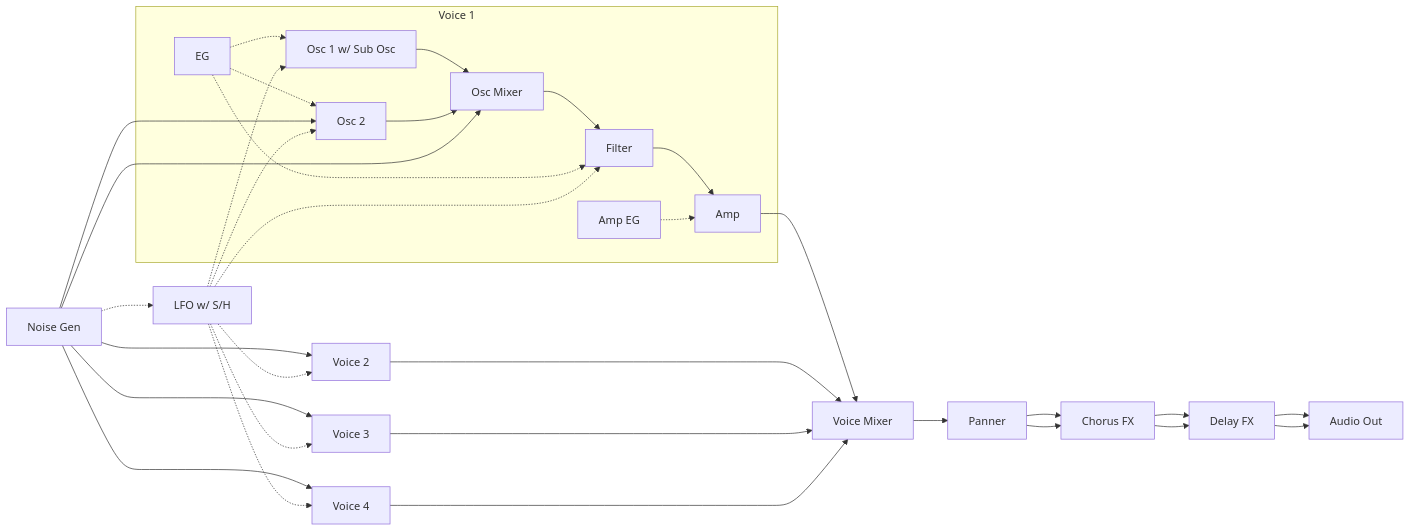
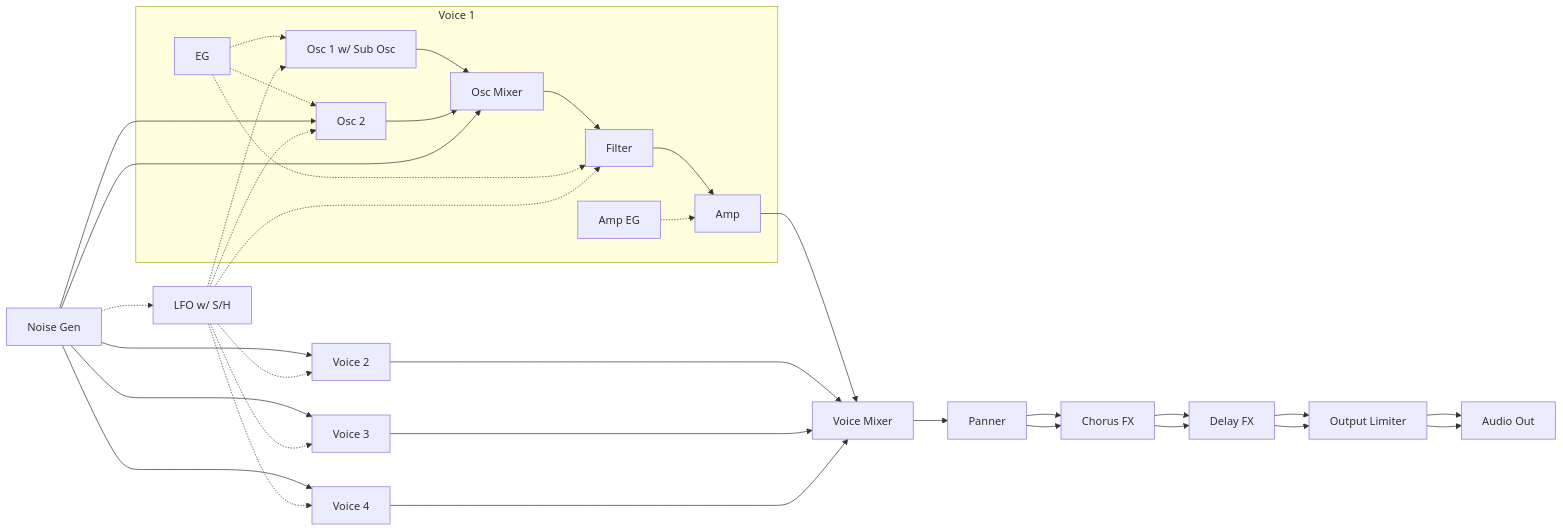
One commit to risgk/digital-synth-pra32-u2 changed the first of 3 diagrams in README.md. Above: the diagram before and after it, drawn with Mermaid. The commit also changed other lines of this file and 5 other files, not shown here.

Commit message:
Add the Output Limiter after the Delay FX, and raise the Amp Gain of the Presets back by about 6 dB

````diff
--- a/README.md
+++ b/README.md
@@ -37,18 +37,18 @@
 ```mermaid
 graph LR
     subgraph V1[Voice 1]
         V1O1[Osc 1 w/ Sub Osc] --> V1OM[Osc Mixer]
         V1O2[Osc 2] --> V1OM
         V1OM --> V1F[Filter]
         V1F --> V1A[Amp]
         E[EG] -.-> V1O1 & V1O2 & V1F
         V1AE[Amp EG] -.-> V1A
     end
     V1A --> VM[Voice Mixer]
     V2[Voice 2] & V3[Voice 3] & V4[Voice 4] --> VM
-    VM --> P[Panner] --> C[Chorus FX] --> D[Delay FX] --> AO[Audio Out]
-    P --> C --> D --> AO
+    VM --> P[Panner] --> C[Chorus FX] --> D[Delay FX] --> OL[Output Limiter] --> AO[Audio Out]
+    P --> C --> D --> OL --> AO
     N[Noise Gen]  --> V1O2 & V1OM & V2 & V3 & V4
     N -.-> L[LFO w/ S/H]
     L -.-> V1O1 & V1O2 & V1F & V2 & V3 & V4
 ```
````
